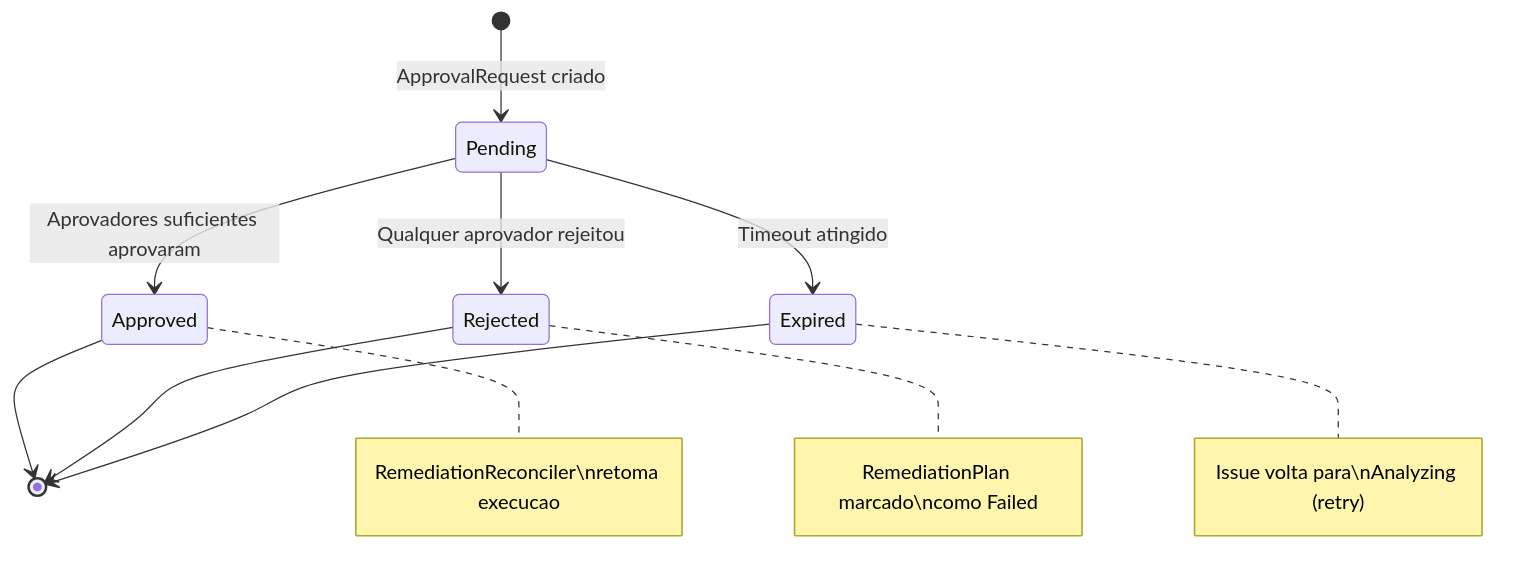
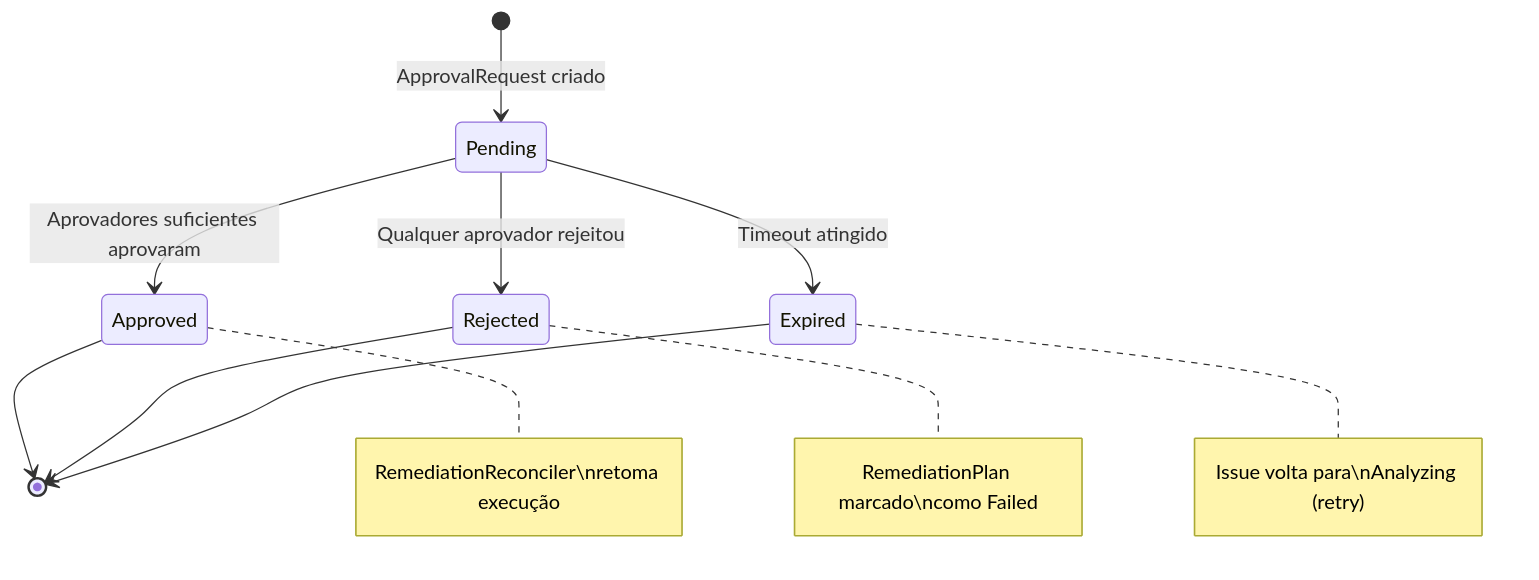
Before and after one commit to diillson/chatcli.ai: the second of 3 diagrams in features/aiops/approval-workflow.mdx, drawn with Mermaid. The commit also changed other lines of this file and 93 other files, not shown here.

````diff
--- a/features/aiops/approval-workflow.mdx
+++ b/features/aiops/approval-workflow.mdx
@@ -342,14 +342,14 @@
 ```mermaid
 stateDiagram-v2
     [*] --> Pending : ApprovalRequest criado
     Pending --> Approved : Aprovadores suficientes aprovaram
     Pending --> Rejected : Qualquer aprovador rejeitou
     Pending --> Expired : Timeout atingido
     Approved --> [*]
     Rejected --> [*]
     Expired --> [*]
 
-    note right of Approved : RemediationReconciler\nretoma execucao
+    note right of Approved : RemediationReconciler\nretoma execução
     note right of Rejected : RemediationPlan marcado\ncomo Failed
     note right of Expired : Issue volta para\nAnalyzing (retry)
 ```
````
